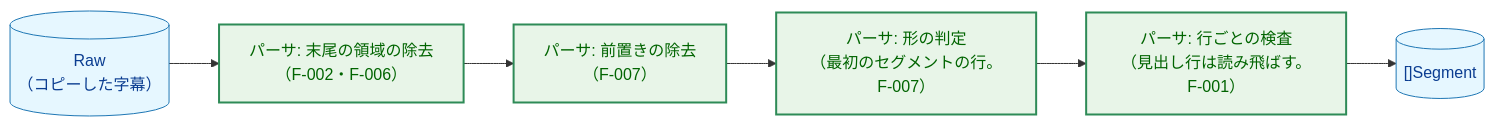
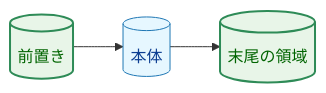
Before and after one commit to isseis/yt2column: the first of 13 diagrams in docs/tasks/0024_copied_transcript_panel_lines/02_architecture.md, drawn with Mermaid. The commit also changed other lines of this file and 1 other file, not shown here.

First line of the commit message:
docs(0024): add form B chapter headings to the requirements and redraft the architecture (#314)

````diff
--- a/docs/tasks/0024_copied_transcript_panel_lines/02_architecture.md
+++ b/docs/tasks/0024_copied_transcript_panel_lines/02_architecture.md
@@ -32,21 +37,14 @@
 ```mermaid
 flowchart LR
     classDef data fill:#e6f7ff,stroke:#1f77b4,stroke-width:1px,color:#0b3d91;
     classDef enhanced fill:#e8f5e8,stroke:#2e8b57,stroke-width:2px,color:#006400;
 
-    RAW[("Raw<br>（コピーした字幕）")]
-    TRAIL["パーサ: 末尾の領域の除去<br>（F-002・F-006）"]
-    PREFIX["パーサ: 前置きの除去<br>（F-007）"]
-    FORM["パーサ: 形の判定<br>（最初のセグメントの行。F-007）"]
-    LINES["パーサ: 行ごとの検査<br>（見出し行は読み飛ばす。F-001）"]
-    SEGS[("[]Segment")]
+    PRE[("前置き")]
+    BODY[("本体")]
+    TRAIL[("末尾の領域")]
 
-    RAW --> TRAIL
-    TRAIL --> PREFIX
-    PREFIX --> FORM
-    FORM --> LINES
-    LINES --> SEGS
+    PRE --> BODY --> TRAIL
 
-    class RAW,SEGS data
-    class TRAIL,PREFIX,FORM,LINES enhanced
+    class BODY data
+    class PRE,TRAIL enhanced
 ```
````
